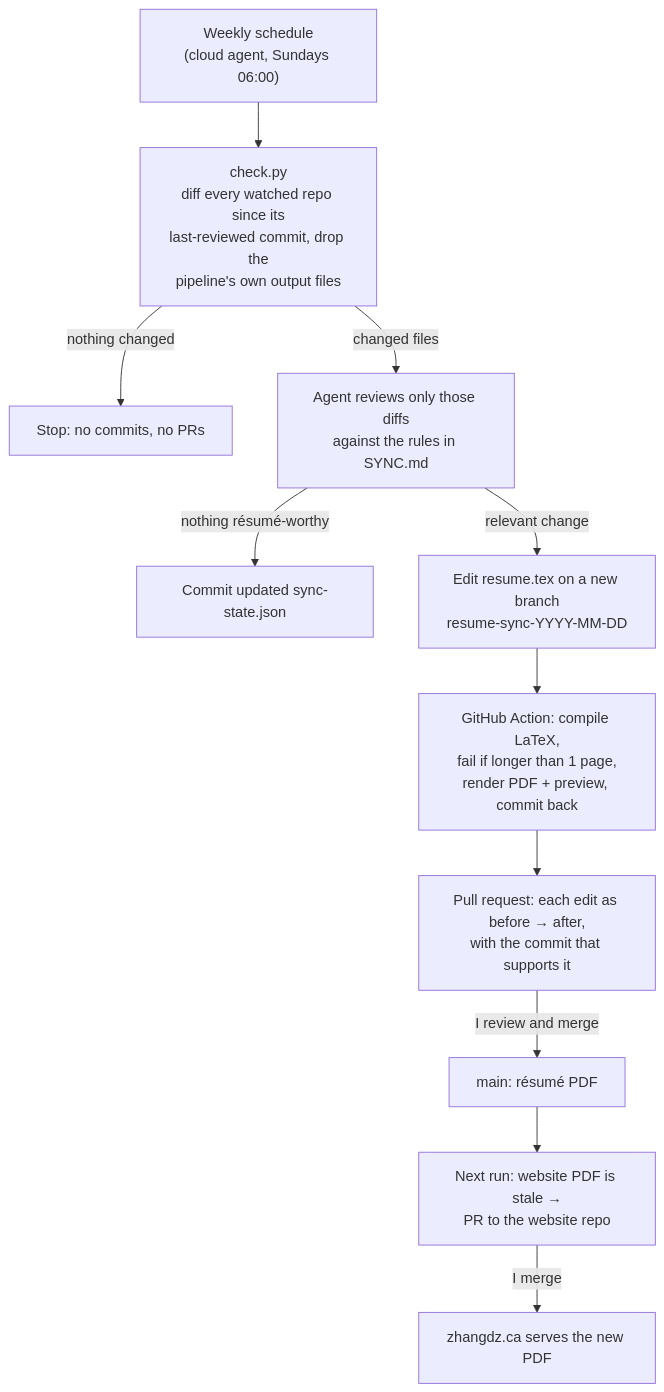
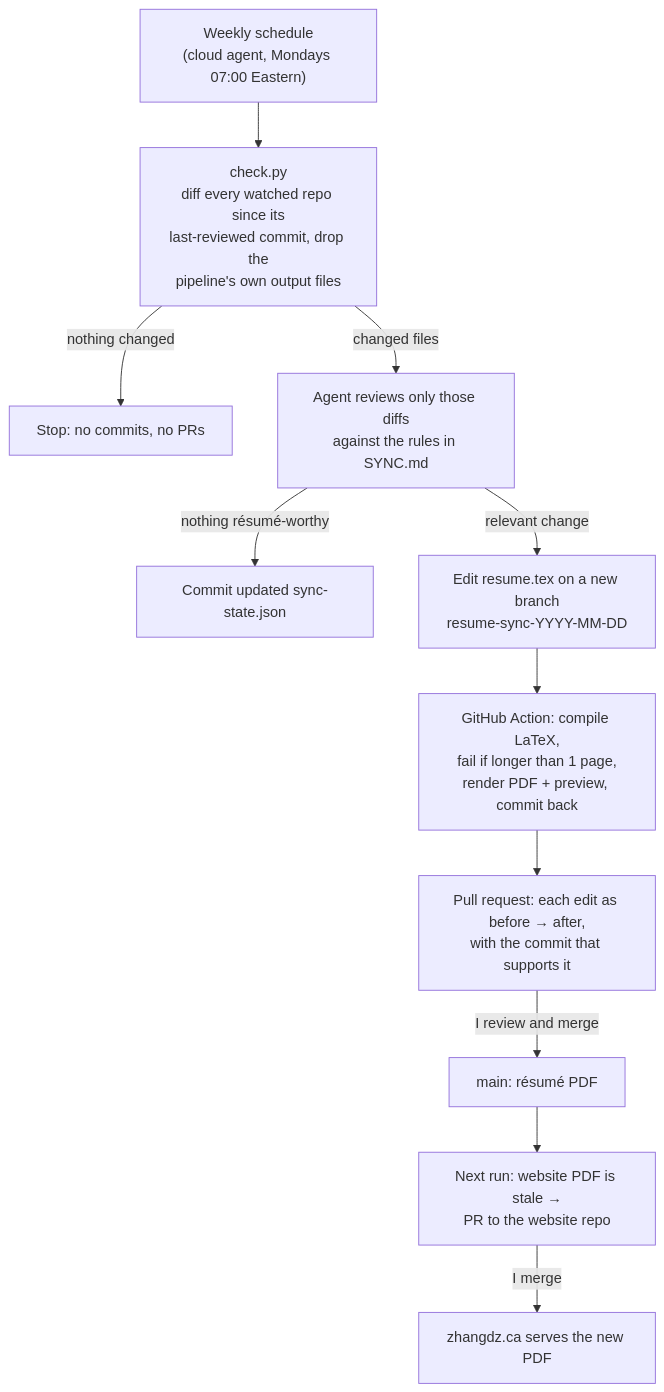
Before and after one commit to danielzhang122/resume: the diagram in docs/PIPELINE.md, drawn with Mermaid. The commit also changed 1 other file, not shown here.

Commit message:
Docs: weekly sync moves to Mondays 07:00 Eastern
Claude-Session: https://claude.ai/code/session_01Fh3BYg5GB4jo2nBV8zTK4k

````diff
--- a/docs/PIPELINE.md
+++ b/docs/PIPELINE.md
@@ -20,13 +20,13 @@
 ```mermaid
 flowchart TD
-    A["Weekly schedule<br/>(cloud agent, Sundays 06:00)"] --> B["check.py<br/>diff every watched repo since its<br/>last-reviewed commit, drop the<br/>pipeline's own output files"]
+    A["Weekly schedule<br/>(cloud agent, Mondays 07:00 Eastern)"] --> B["check.py<br/>diff every watched repo since its<br/>last-reviewed commit, drop the<br/>pipeline's own output files"]
     B -->|nothing changed| Z["Stop: no commits, no PRs"]
     B -->|changed files| C["Agent reviews only those diffs<br/>against the rules in SYNC.md"]
     C -->|nothing résumé-worthy| S["Commit updated sync-state.json"]
     C -->|relevant change| D["Edit resume.tex on a new branch<br/>resume-sync-YYYY-MM-DD"]
     D --> E["GitHub Action: compile LaTeX,<br/>fail if longer than 1 page,<br/>render PDF + preview, commit back"]
     E --> F["Pull request: each edit as before → after,<br/>with the commit that supports it"]
     F -->|I review and merge| G["main: résumé PDF"]
     G --> H["Next run: website PDF is stale →<br/>PR to the website repo"]
     H -->|I merge| I["zhangdz.ca serves the new PDF"]
 ```
````
